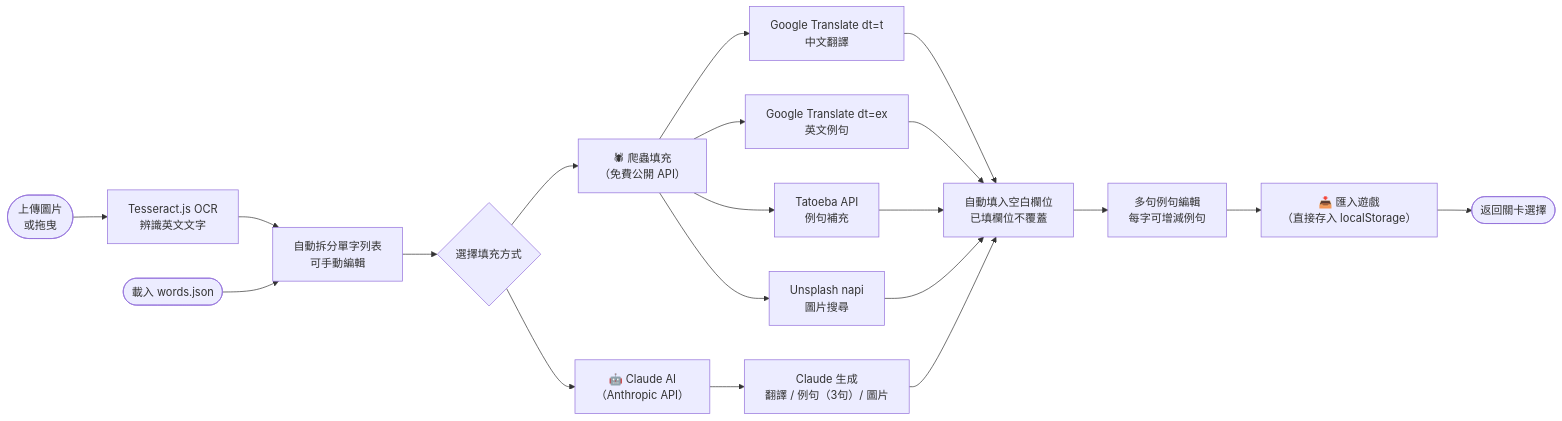
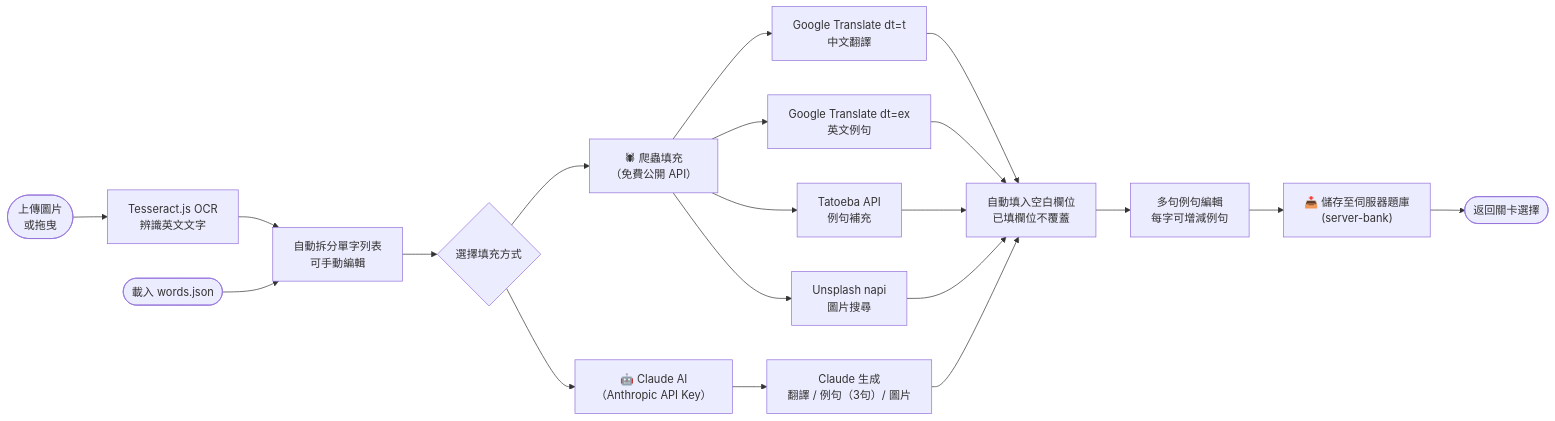
The second of 3 diagrams in README.md (fish0835-max/magic-vocab-academy), drawn with Mermaid before and after one commit. The commit also changed other lines of this file and 3 other files, not shown here.

````diff
--- a/README.md
+++ b/README.md
@@ -141,22 +154,22 @@
 ```mermaid
 flowchart LR
     A([上傳圖片\n或拖曳]) --> B[Tesseract.js OCR\n辨識英文文字]
     B --> C[自動拆分單字列表\n可手動編輯]
     JSON([載入 words.json]) --> C
     C --> D{選擇填充方式}
 
     D --> E["🕷 爬蟲填充\n（免費公開 API）"]
-    D --> F["🤖 Claude AI\n（Anthropic API）"]
+    D --> F["🤖 Claude AI\n（Anthropic API Key）"]
 
     E --> G1["Google Translate dt=t\n中文翻譯"]
     E --> G2["Google Translate dt=ex\n英文例句"]
     E --> G3["Tatoeba API\n例句補充"]
     E --> G4["Unsplash napi\n圖片搜尋"]
 
     F --> H["Claude 生成\n翻譯 / 例句（3句）/ 圖片"]
 
     G1 & G2 & G3 & G4 & H --> I[自動填入空白欄位\n已填欄位不覆蓋]
     I --> J[多句例句編輯\n每字可增減例句]
-    J --> K["📥 匯入遊戲\n（直接存入 localStorage）"]
+    J --> K["📥 儲存至伺服器題庫\n(server-bank)"]
     K --> L([返回關卡選擇])
 ```
````
